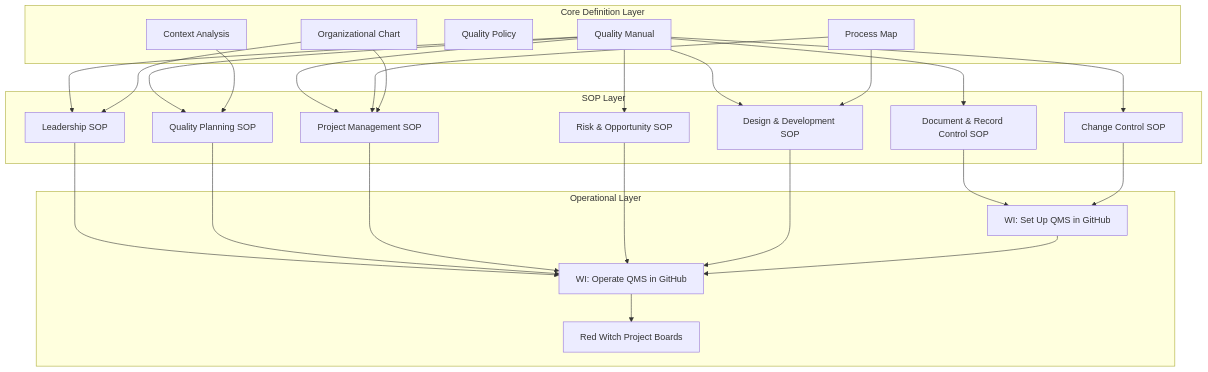
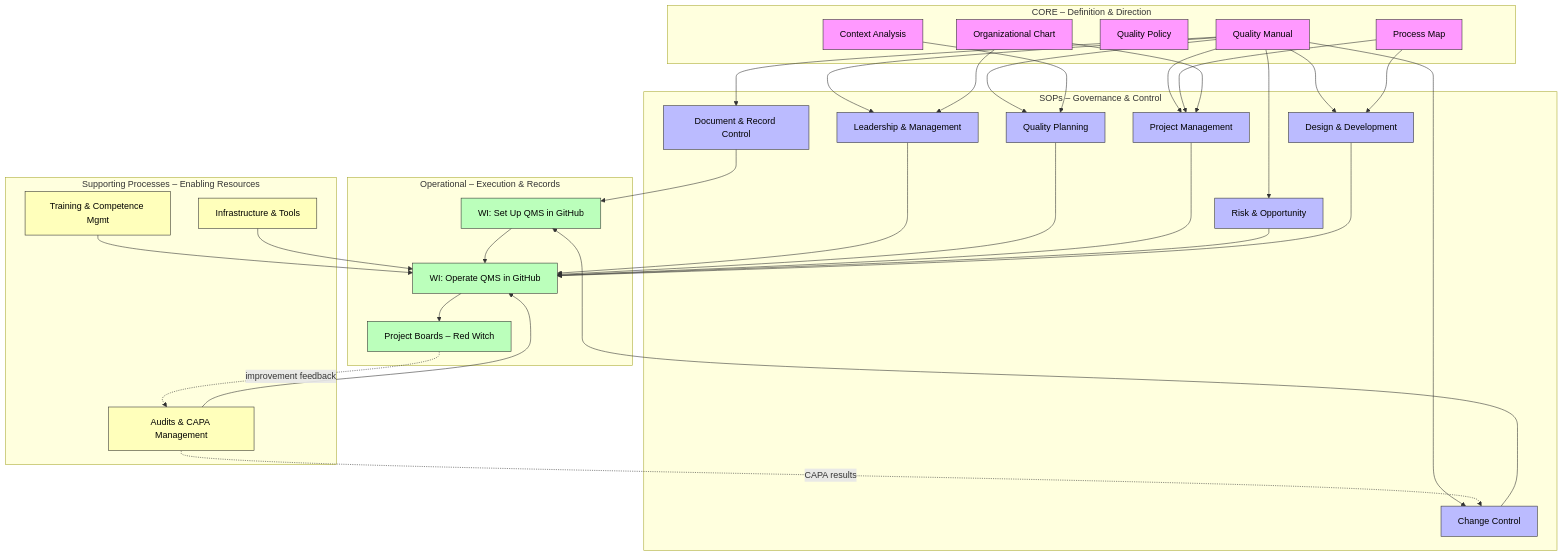
One commit to Floating-Eye-Software/fley-qms changed the first of 2 diagrams in QMS/Process-Map.md. Above: the diagram before and after it, drawn with Mermaid. The commit also changed other lines of this file and 6 other files, not shown here.

````diff
--- a/QMS/Process-Map.md
+++ b/QMS/Process-Map.md
@@ -7,55 +14,71 @@
 ```mermaid
 flowchart TD
-    %% Core Definition Layer
-    subgraph Core[Core Definition Layer]
+    %% ======== COLORS / STYLES ========
+    classDef core fill:#f9f,stroke:#333,stroke-width:1px,color:#000;
+    classDef sop fill:#bbf,stroke:#333,stroke-width:1px,color:#000;
+    classDef op fill:#bfb,stroke:#333,stroke-width:1px,color:#000;
+    classDef support fill:#ffb,stroke:#333,stroke-width:1px,color:#000;
+
+    %% ======== CORE LAYER ========
+    subgraph Core[CORE – Definition & Direction]
         QM[Quality Manual]
         CA[Context Analysis]
         QP[Quality Policy]
         PM[Process Map]
         OC[Organizational Chart]
     end
+    class QM,CA,QP,PM,OC core
 
-    %% SOP Layer
-    subgraph SOP[SOP Layer]
-        SOP3[Document & Record Control SOP]
-        SOP4[Change Control SOP]
-        SOP5[Leadership SOP]
-        SOP6[Quality Planning SOP]
-        SOP7[Project Management SOP]
-        SOP8[Risk & Opportunity SOP]
-        SOP9[Design & Development SOP]
+    %% ======== SOP LAYER ========
+    subgraph SOP[SOPs – Governance & Control]
+        SOP3[Document & Record Control]
+        SOP4[Change Control]
+        SOP5[Leadership & Management]
+        SOP6[Quality Planning]
+        SOP7[Project Management]
+        SOP8[Risk & Opportunity]
+        SOP9[Design & Development]
     end
+    class SOP3,SOP4,SOP5,SOP6,SOP7,SOP8,SOP9 sop
 
-    %% Operational Layer
-    subgraph WI[Operational Layer]
+    %% ======== OPERATIONAL LAYER ========
+    subgraph OP[Operational – Execution & Records]
         WISetup[WI: Set Up QMS in GitHub]
         WIOperate[WI: Operate QMS in GitHub]
-        ProductBoards[Red Witch Project Boards]
+        ProductBoards[Project Boards – Red Witch]
     end
+    class WISetup,WIOperate,ProductBoards op
 
-    %% Connections
-    QM --> SOP3
-    QM --> SOP4
-    QM --> SOP5
-    QM --> SOP6
-    QM --> SOP7
-    QM --> SOP8
-    QM --> SOP9
+    %% ======== SUPPORTING PROCESSES ========
+    subgraph Support[Supporting Processes – Enabling Resources]
+        Training[Training & Competence Mgmt]
+        Resources[Infrastructure & Tools]
+        AuditMgmt[Audits & CAPA Management]
+    end
+    class Training,Resources,AuditMgmt support
 
+    %% ======== INTERACTIONS ========
+    QM --> SOP3 & SOP4 & SOP5 & SOP6 & SOP7 & SOP8 & SOP9
     CA --> SOP6
-    PM --> SOP7
-    PM --> SOP9
-    OC --> SOP5
-    OC --> SOP7
+    PM --> SOP7 & SOP9
+    OC --> SOP5 & SOP7
 
     SOP3 --> WISetup
     SOP4 --> WISetup
     SOP5 --> WIOperate
     SOP6 --> WIOperate
     SOP7 --> WIOperate
     SOP8 --> WIOperate
     SOP9 --> WIOperate
 
-    WISetup --> WIOperate
-    WIOperate --> ProductBoards
+    WISetup --> WIOperate --> ProductBoards
+
+    %% SUPPORT FLOWS
+    Training --> WIOperate
+    Resources --> WIOperate
+    AuditMgmt --> WIOperate
+
+    %% FEEDBACK
+    ProductBoards -. improvement feedback .-> AuditMgmt
+    AuditMgmt -. CAPA results .-> SOP4
 ```
````
